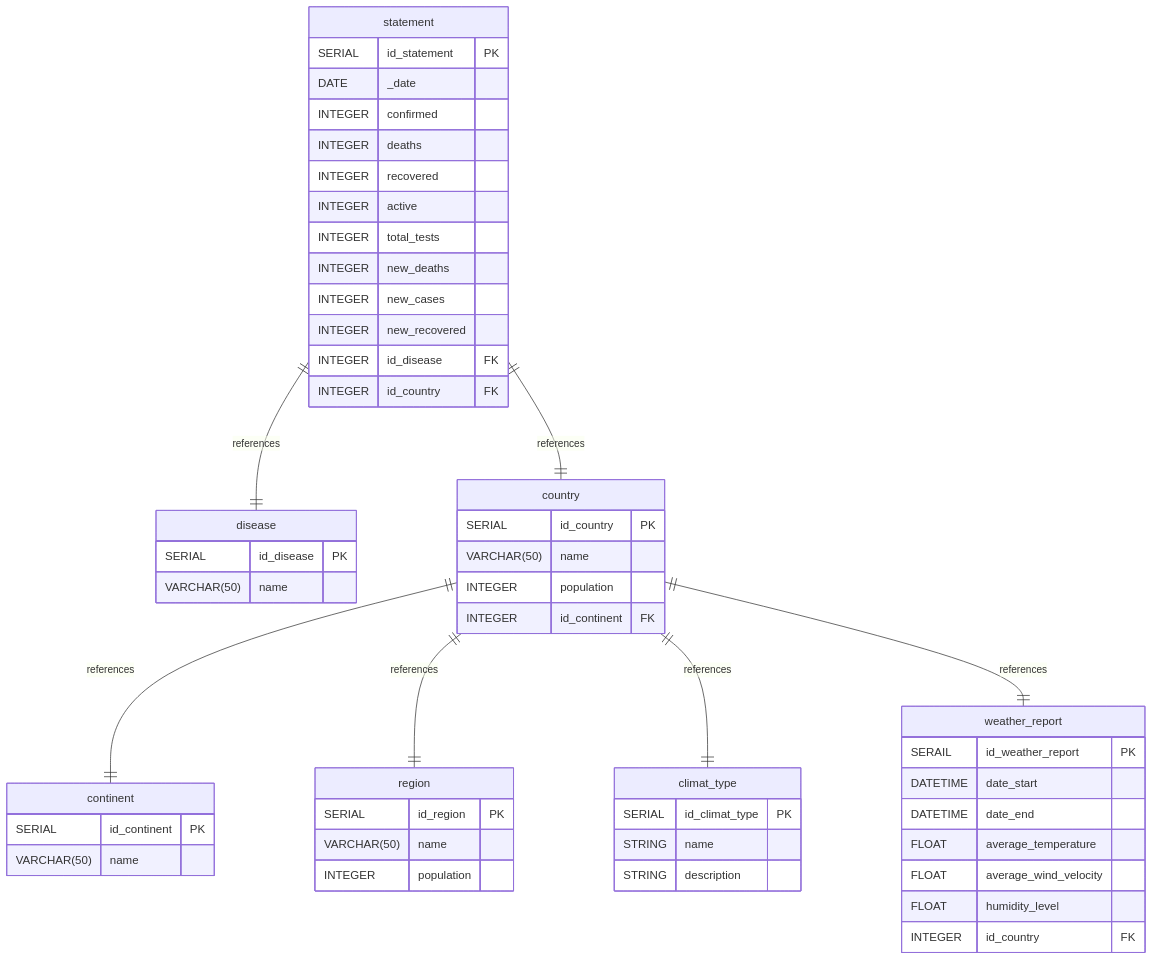
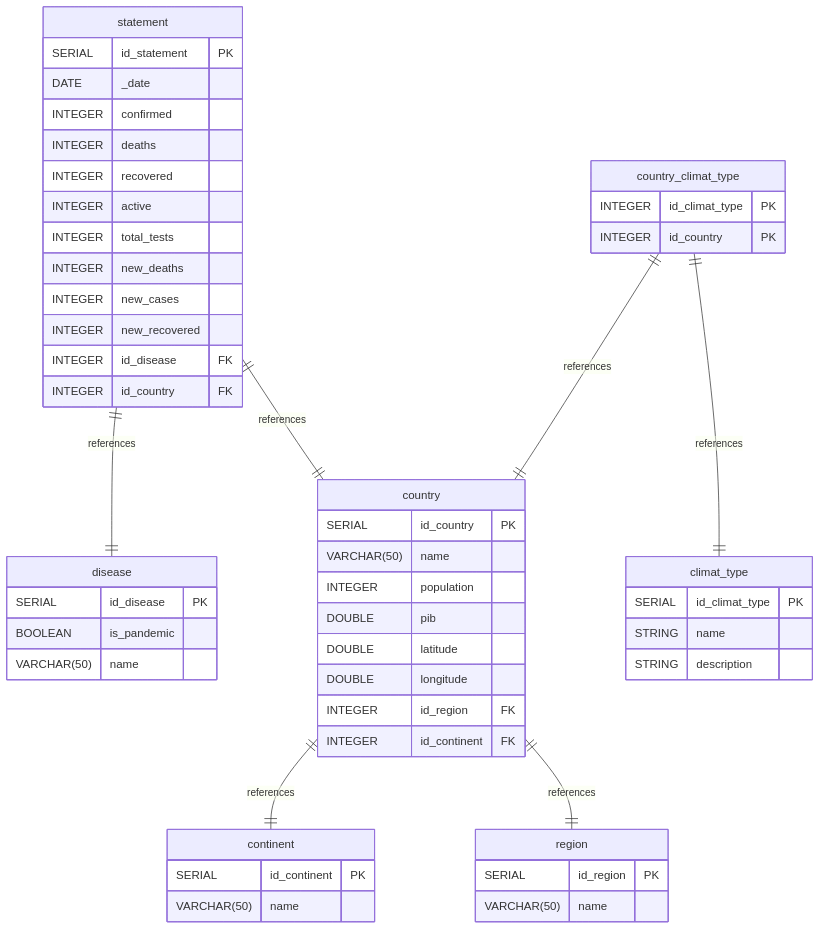
One commit to leosdlp/MSPR-501 changed the diagram in postgres/database/MCD.md. Above: the diagram before and after it, drawn with Mermaid. The commit also changed 1 other file, not shown here.

Commit message:
update init.sql and MCD schema

````diff
--- a/postgres/database/MCD.md
+++ b/postgres/database/MCD.md
@@ -1,62 +1,61 @@
 ```mermaid
 erDiagram
     disease {
         SERIAL id_disease PK
+        BOOLEAN is_pandemic
         VARCHAR(50) name
     }
 
     statement {
         SERIAL id_statement PK
         DATE _date
         INTEGER confirmed
         INTEGER deaths
         INTEGER recovered
         INTEGER active
         INTEGER total_tests
         INTEGER new_deaths
         INTEGER new_cases
         INTEGER new_recovered
         INTEGER id_disease FK
         INTEGER id_country FK
     }
     statement ||--|| disease : "references"
     statement ||--|| country : "references"
 
     region {
         SERIAL id_region PK
         VARCHAR(50) name
-        INTEGER population
     }
 
     continent {
         SERIAL id_continent PK
         VARCHAR(50) name
     }
 
     country {
         SERIAL id_country PK
         VARCHAR(50) name
         INTEGER population
+        DOUBLE pib
+        DOUBLE latitude
+        DOUBLE longitude
+        INTEGER id_region FK
         INTEGER id_continent FK
     }
     country ||--|| continent : "references"
     country ||--|| region : "references"
-    country ||--|| climat_type : "references"
-    country ||--|| weather_report : "references"
 
     climat_type {
         SERIAL id_climat_type PK
         STRING name
         STRING description
     }
 
-    weather_report {
-        SERAIL id_weather_report PK
-        DATETIME date_start
-        DATETIME date_end
-        FLOAT average_temperature
-        FLOAT average_wind_velocity
-        FLOAT humidity_level
-        INTEGER id_country FK
+    country_climat_type {
+        INTEGER id_climat_type PK
+        INTEGER id_country PK
     }
+    country_climat_type ||--|| climat_type : "references"
+    country_climat_type ||--|| country : "references"
 ```
````
